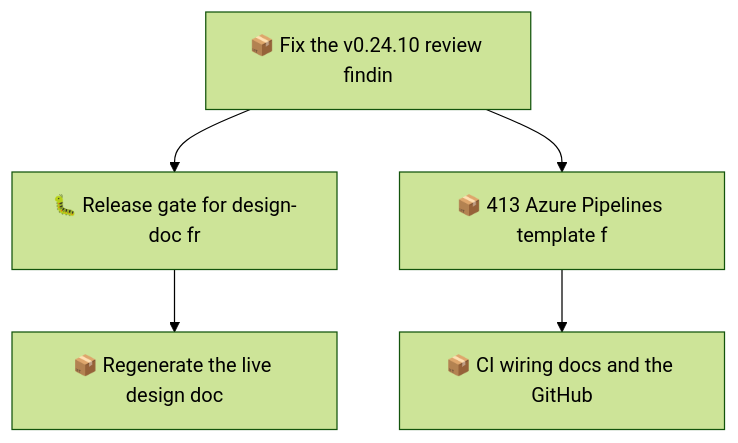
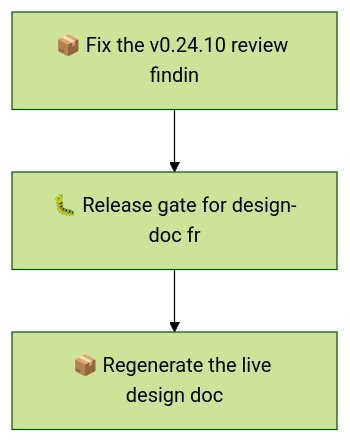
The second of 2 diagrams in docs/roadmap.md (SpillwaveSolutions/wiki_ticket_sdd), drawn with Mermaid (forest theme) before and after one commit. The commit also changed other lines of this file and 5 other files, not shown here.

Commit message:
chore(worklog): regenerate derived docs after merge (01M2XCWMV0QYM4ZRBWN1V1327B)

````diff
--- a/docs/roadmap.md
+++ b/docs/roadmap.md
@@ -60,12 +54,8 @@
 ```mermaid
 graph TD
     01M2XCWMV0QYM4ZRBWN1V1327B["📦 Fix the v0.24.10 review findin"]
     01M2XCWMVEH3XFP2VPS9JBD6XQ["🐛 Release gate for design-doc fr"]
     01M2XCWMVEH3XFP2VPS9JBD6XS["📦 Regenerate the live design doc"]
-    01M2XCWMVEH3XFP2VPS9JBD6XV["📦 413 Azure Pipelines template f"]
-    01M2XCWMVEH3XFP2VPS9JBD6XX["📦 CI wiring docs and the GitHub"]
     01M2XCWMV0QYM4ZRBWN1V1327B --> 01M2XCWMVEH3XFP2VPS9JBD6XQ
     01M2XCWMVEH3XFP2VPS9JBD6XQ --> 01M2XCWMVEH3XFP2VPS9JBD6XS
-    01M2XCWMV0QYM4ZRBWN1V1327B --> 01M2XCWMVEH3XFP2VPS9JBD6XV
-    01M2XCWMVEH3XFP2VPS9JBD6XV --> 01M2XCWMVEH3XFP2VPS9JBD6XX
 ```
````
